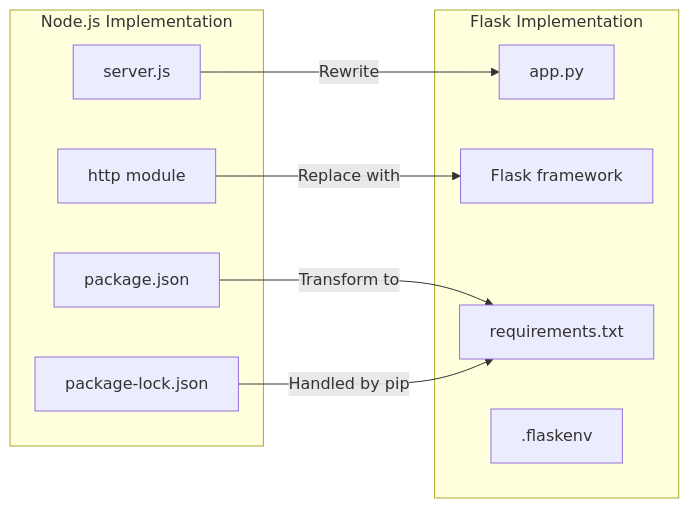
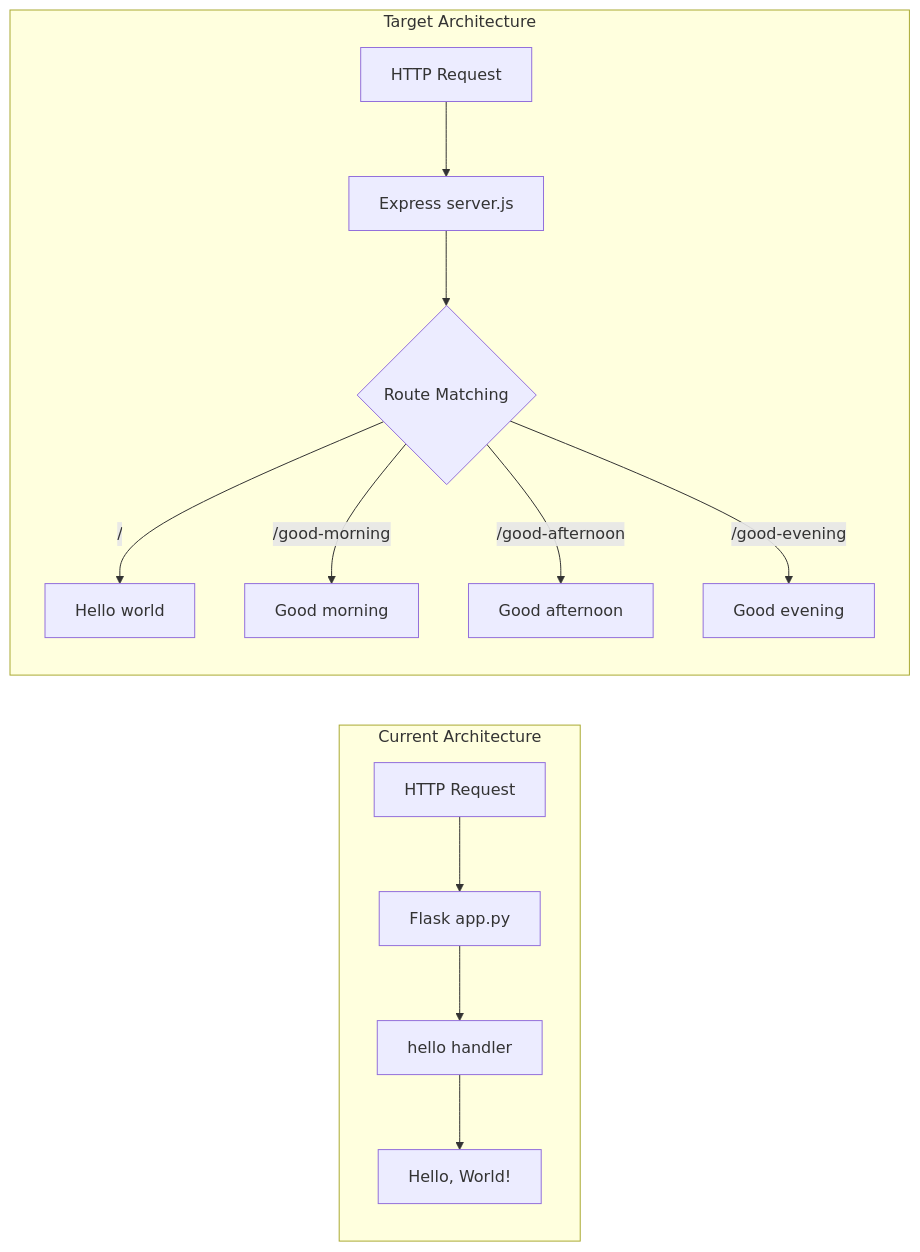
Before and after one commit to Sandeep01Kumar/29-dec-existing-projects-qa-test-3: the second of 3 diagrams in blitzy/documentation/Technical Specifications.md, drawn with Mermaid. The commit also changed other lines of this file, not shown here.

````diff
--- a/blitzy/documentation/Technical Specifications.md
+++ b/blitzy/documentation/Technical Specifications.md
@@ -65,21 +514,17 @@
 ```mermaid
-flowchart LR
-    subgraph Source["Node.js Implementation"]
-        A1[server.js]
-        A2[http module]
-        A3[package.json]
-        A4[package-lock.json]
+graph LR
+    subgraph "Current Architecture"
+        A1[HTTP Request] --> B1[Flask app.py]
+        B1 --> C1[hello handler]
+        C1 --> D1["Hello, World!\n"]
     end
     
-    subgraph Target["Flask Implementation"]
-        B1[app.py]
-        B2[Flask framework]
-        B3[requirements.txt]
-        B4[.flaskenv]
+    subgraph "Target Architecture"
+        A2[HTTP Request] --> B2[Express server.js]
+        B2 --> C2{Route Matching}
+        C2 -->|"/"| D2["Hello world"]
+        C2 -->|"/good-morning"| E2["Good morning"]
+        C2 -->|"/good-afternoon"| F2["Good afternoon"]
+        C2 -->|"/good-evening"| G2["Good evening"]
     end
-    
-    A1 -->|"Rewrite"| B1
-    A2 -->|"Replace with"| B2
-    A3 -->|"Transform to"| B3
-    A4 -->|"Handled by pip"| B3
 ```
````
